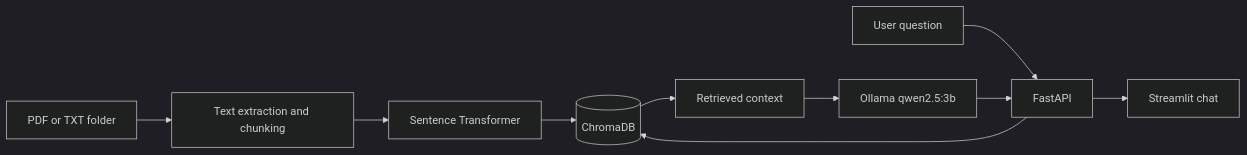
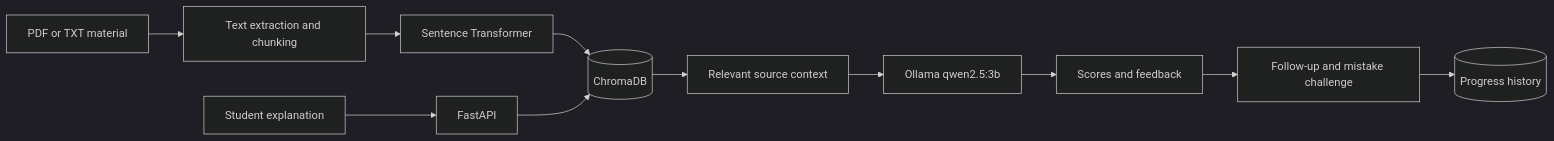
The diagram in README.md (MrTr4p/RAG_ITI), drawn with Mermaid (dark theme) before and after one commit. The commit also changed other lines of this file and 14 other files, not shown here.

````diff
--- a/README.md
+++ b/README.md
@@ -7,12 +19,13 @@
 ```mermaid
 flowchart LR
-    A[PDF or TXT folder] --> B[Text extraction and chunking]
+    A[PDF or TXT material] --> B[Text extraction and chunking]
     B --> C[Sentence Transformer]
     C --> D[(ChromaDB)]
-    Q[User question] --> E[FastAPI]
-    E --> D
-    D --> F[Retrieved context]
-    F --> G[Ollama qwen2.5:3b]
-    G --> E
-    E --> H[Streamlit chat]
+    E[Student explanation] --> F[FastAPI]
+    F --> D
+    D --> G[Relevant source context]
+    G --> H[Ollama qwen2.5:3b]
+    H --> I[Scores and feedback]
+    I --> J[Follow-up and mistake challenge]
+    J --> K[(Progress history)]
 ```
````
